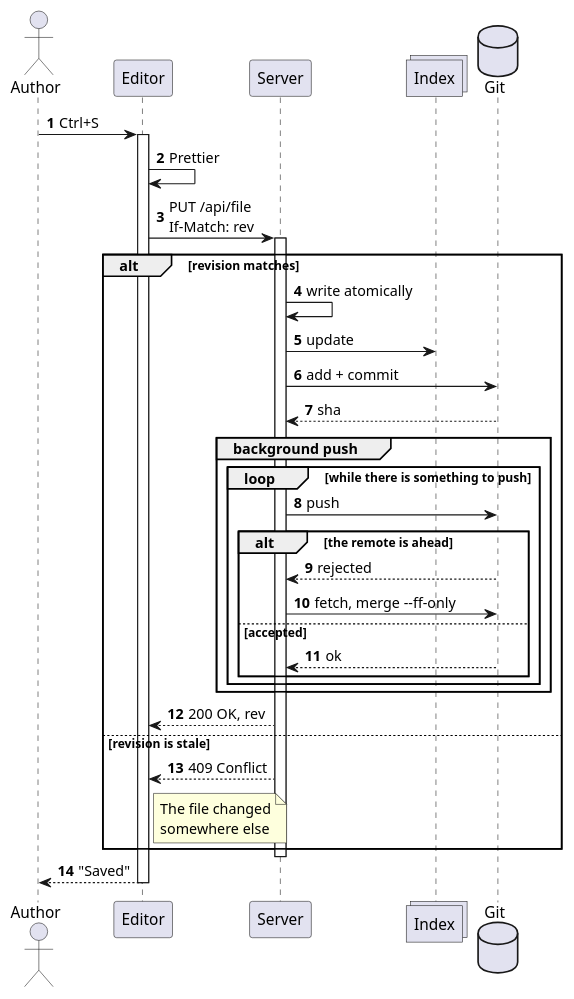
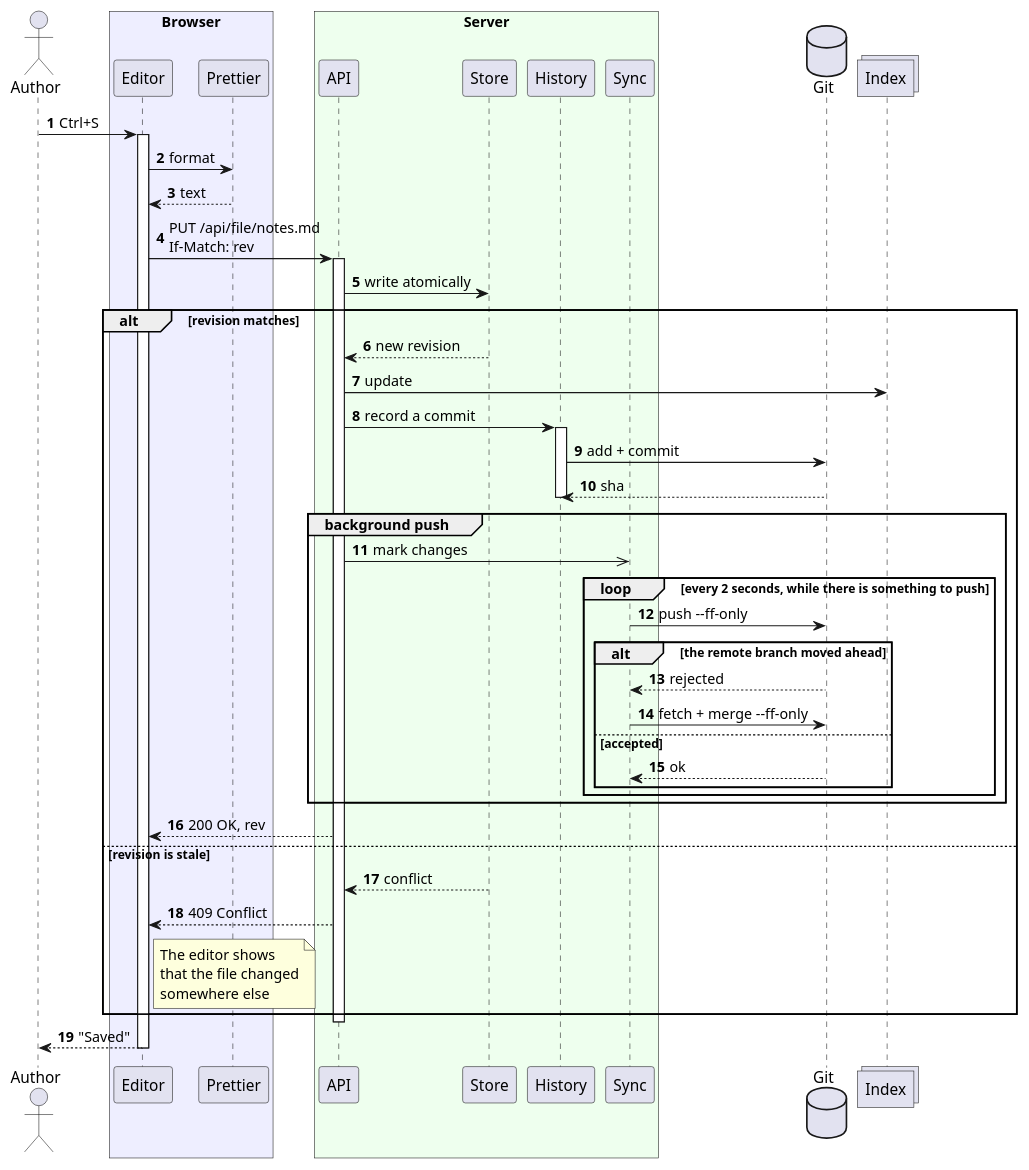
One commit to aleksey925/scrawl changed the second of 11 diagrams in examples/data/showcase/plantuml/uml.md. Above: the diagram before and after it, drawn with PlantUML. The commit also changed other lines of this file, not shown here.

Commit message:
bring back the large sequence example at its full width with its colored boxes, so a diagram wider than the page and one with colors of its own stay in the examples

````diff
--- a/examples/data/showcase/plantuml/uml.md
+++ b/examples/data/showcase/plantuml/uml.md
@@ -16,43 +18,59 @@
 ```plantuml
 @startuml
 autonumber
 actor Author
-participant Editor
-participant Server
+box "Browser" #EEF
+  participant Editor
+  participant Prettier as P1
+end box
+box "Server" #EFE
+  participant API
+  participant Store
+  participant History
+  participant Sync
+end box
+database Git
 collections Index
-database Git
 
 Author -> Editor : Ctrl+S
 activate Editor
-Editor -> Editor : Prettier
-Editor -> Server : PUT /api/file\nIf-Match: rev
-activate Server
+Editor -> P1 : format
+P1 --> Editor : text
+Editor -> API : PUT /api/file/notes.md\nIf-Match: rev
+activate API
+API -> Store : write atomically
 alt revision matches
-  Server -> Server : write atomically
-  Server -> Index : update
-  Server -> Git : add + commit
-  Git --> Server : sha
+  Store --> API : new revision
+  API -> Index : update
+  API -> History : record a commit
+  activate History
+  History -> Git : add + commit
+  Git --> History : sha
+  deactivate History
   group background push
-    loop while there is something to push
-      Server -> Git : push
-      alt the remote is ahead
-        Git --> Server : rejected
-        Server -> Git : fetch, merge --ff-only
+    API ->> Sync : mark changes
+    loop every 2 seconds, while there is something to push
+      Sync -> Git : push --ff-only
+      alt the remote branch moved ahead
+        Git --> Sync : rejected
+        Sync -> Git : fetch + merge --ff-only
       else accepted
-        Git --> Server : ok
+        Git --> Sync : ok
       end
     end
   end
-  Server --> Editor : 200 OK, rev
+  API --> Editor : 200 OK, rev
 else revision is stale
-  Server --> Editor : 409 Conflict
+  Store --> API : conflict
+  API --> Editor : 409 Conflict
   note right of Editor
-    The file changed
+    The editor shows
+    that the file changed
     somewhere else
   end note
 end
-deactivate Server
+deactivate API
 Editor --> Author : "Saved"
 deactivate Editor
 @enduml
 ```
````
